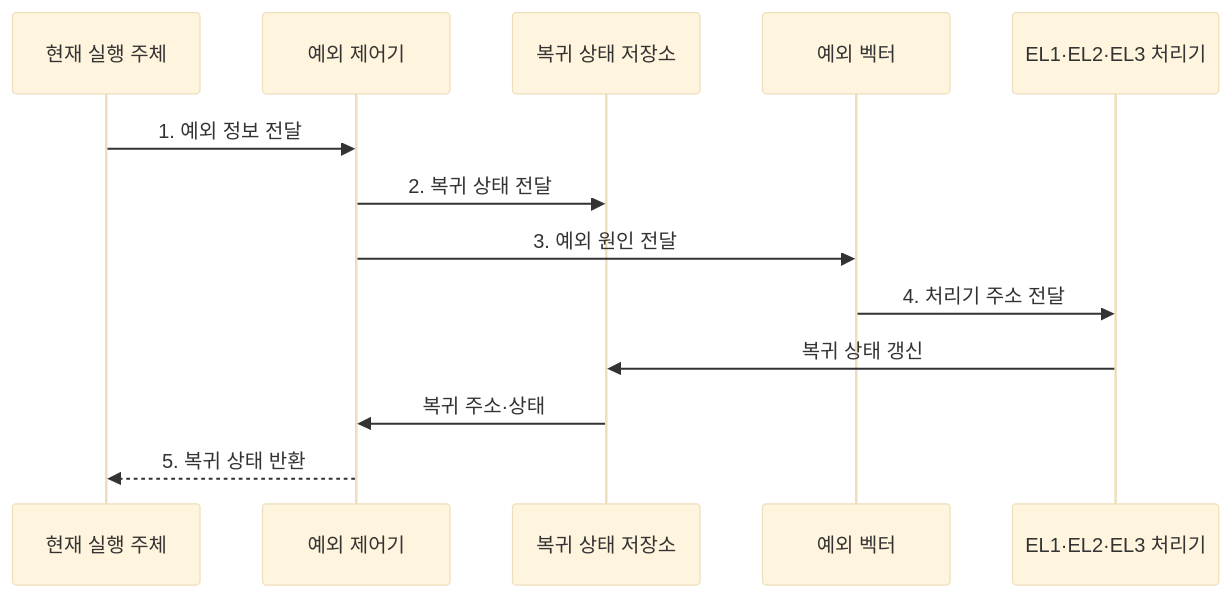
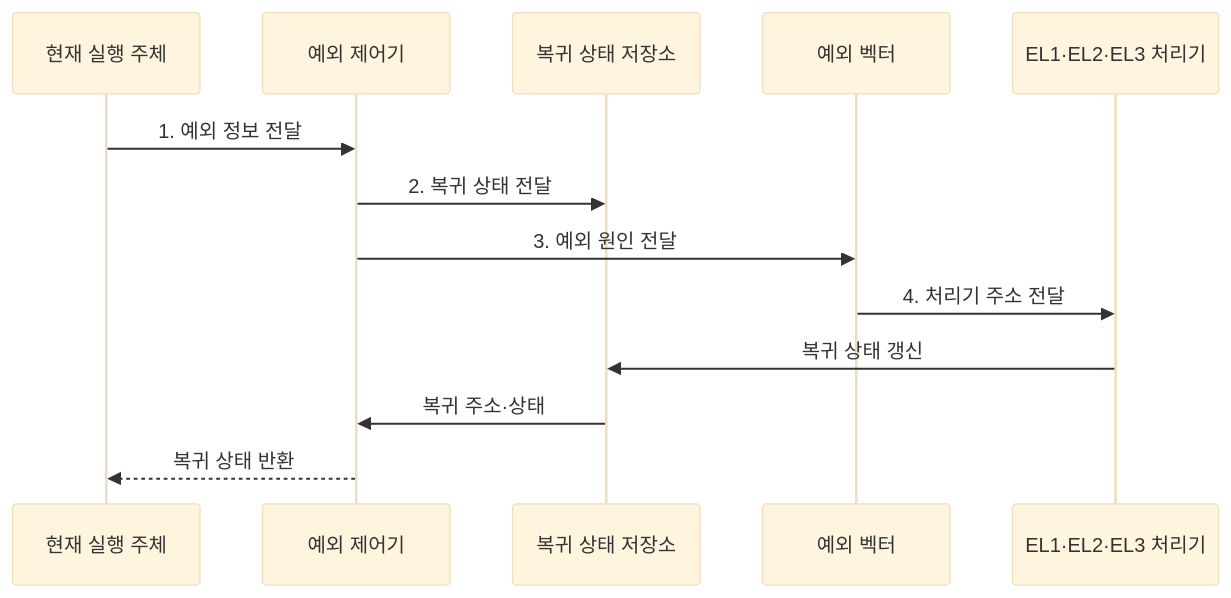
The second of 2 diagrams in src/content/docs/notes/02-hardware/005_arm_architecture.md (agnusdei1207/knowledge-base), drawn with Mermaid (base theme) before and after one commit. The commit also changed other lines of this file and 15 other files, not shown here.

````diff
--- a/src/content/docs/notes/02-hardware/005_arm_architecture.md
+++ b/src/content/docs/notes/02-hardware/005_arm_architecture.md
@@ -85,15 +85,15 @@
 ```mermaid
 sequenceDiagram
     participant Q as 현재 실행 주체
     participant C as 예외 제어기
     participant S as 복귀 상태 저장소
     participant V as 예외 벡터
     participant H as EL1·EL2·EL3 처리기
     Q->>C: 1. 예외 정보 전달
     C->>S: 2. 복귀 상태 전달
     C->>V: 3. 예외 원인 전달
     V->>H: 4. 처리기 주소 전달
     H->>S: 복귀 상태 갱신
     S->>C: 복귀 주소·상태
-    C-->>Q: 5. 복귀 상태 반환
+    C-->>Q: 복귀 상태 반환
 ```
````
